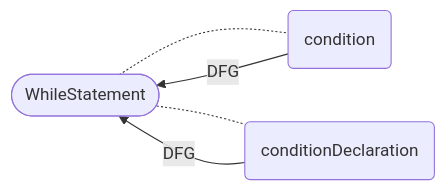
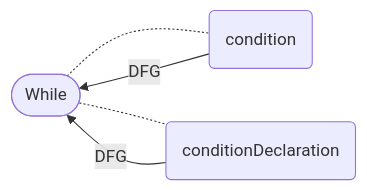
Before and after one commit to Fraunhofer-AISEC/cpg: diagram 32 of 40 in docs/docs/CPG/specs/dfg.md, drawn with Mermaid. The commit also changed other lines of this file and 99 other files, not shown here.

First line of the commit message:
Remove `Statement` suffix from expression node classes (#2604)

````diff
--- a/docs/docs/CPG/specs/dfg.md
+++ b/docs/docs/CPG/specs/dfg.md
@@ -626,7 +626,7 @@
 ```mermaid
   flowchart LR
-    node([WhileStatement]) -.- condition(condition)
+    node([While]) -.- condition(condition)
     node -.- conditionDeclaration(conditionDeclaration)
     condition -- DFG --> node
     conditionDeclaration  -- DFG --> node
 ```
````
